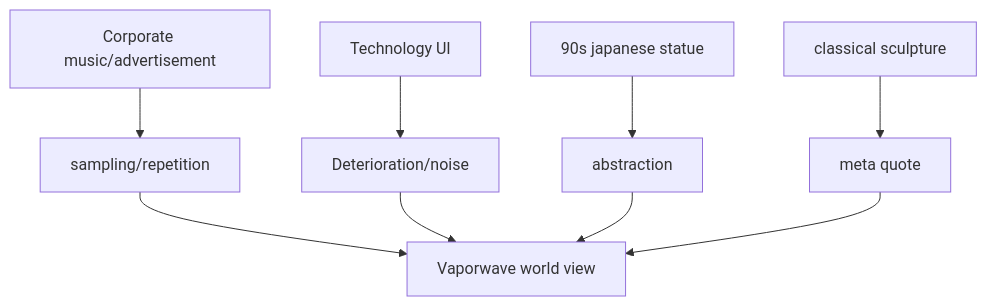
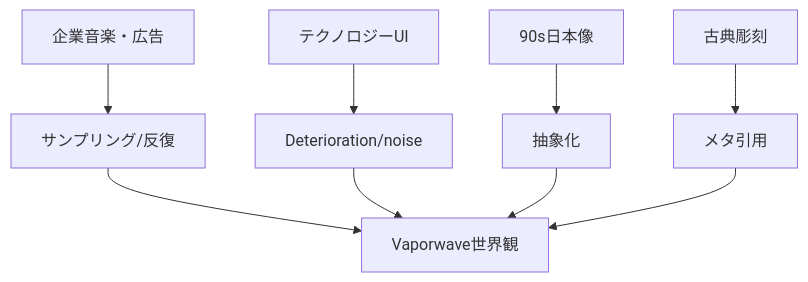
Before and after one commit to monumental-movement/monumental-movement.github.io: the third of 3 diagrams in en/_posts/2025-11-16-column-vaporwave.md, drawn with Mermaid. The commit also changed other lines of this file and 2196 other files, not shown here.

```diff
--- a/en/_posts/2025-11-16-column-vaporwave.md
+++ b/en/_posts/2025-11-16-column-vaporwave.md
@@ -158,13 +157,13 @@
 <div class="mermaid">
 
 graph TD
-    A[Corporate music/advertisement] --> A2[sampling/repetition]
-    B[Technology UI] --> B2[Deterioration/noise]
-    C[90s japanese statue] --> C2[abstraction]
-    D[classical sculpture] --> D2[meta quote]
-    A2 --> Z[Vaporwave world view]
+    A[企業音楽・広告] --> A2[サンプリング/反復]
+    B[テクノロジーUI] --> B2[Deterioration/noise]
+    C[90s日本像] --> C2[抽象化]
+    D[古典彫刻] --> D2[メタ引用]
+    A2 --> Z[Vaporwave世界観]
     B2 --> Z
     C2 --> Z
     D2 --> Z
 
 </div>
```
